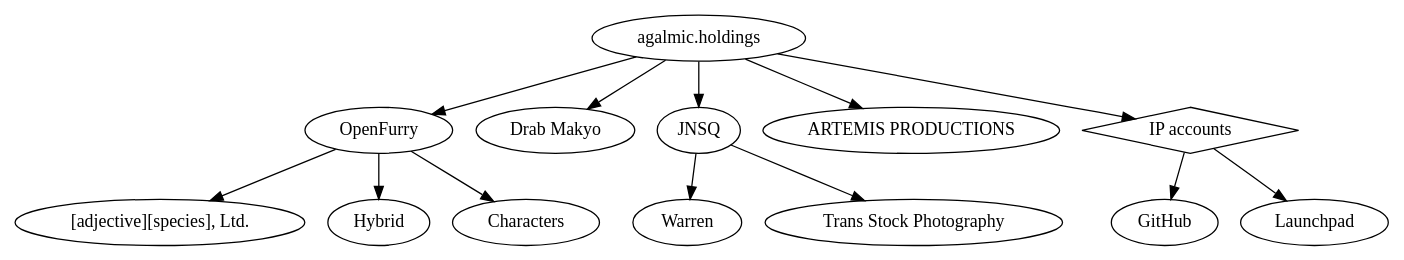
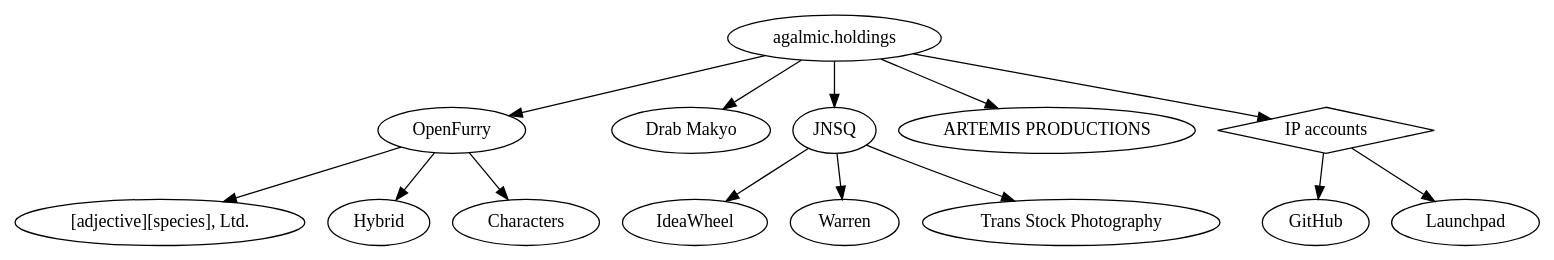
Before and after one commit to makyo/agalmic.holdings: the diagram in assets.dot, drawn with Graphviz. The commit also changed 2 other files, not shown here.

```diff
--- a/assets.dot
+++ b/assets.dot
@@ -1,93 +1,96 @@
 digraph agalmic_holdings {
 	node [fontname = "Antykwa Torunska"]
 
 	"agalmic.holdings" [URL = "http://agalmic.holdings"]
 
 	"OpenFurry" [URL = "http://openfurry.org"]
 	"agalmic.holdings" -> "OpenFurry"
 
 		"[adjective][species], Ltd." [URL = "http://adjectivespecies.com"]
 		"OpenFurry" -> "[adjective][species], Ltd."
 
 			/*"[adjective][species]" [URL = "http://adjectivespecies.com"]
 			"[adjective][species], Ltd." -> "[adjective][species]"
 
 
 			"Love ◦ Sex ◦ Fur" [URL = "http://lovesexfur.com"]
 			"[adjective][species], Ltd." -> "Love ◦ Sex ◦ Fur"
 
 			"The Furry Poll" [URL = "https://furrypoll.com"]
 			"[adjective][species], Ltd." -> "The Furry Poll"
 
 			asAccounts [label = "[a][s] Accounts"]
 			"[adjective][species], Ltd." -> asAccounts
 
 				"[a][s] on Twitter" [URL = "https://twitter.com/adjspecies"]
 				asAccounts -> "[a][s] on Twitter"
 
 				"LSF on Twitter" [URL = "https://twitter.com/lovesexfur"]
 				asAccounts -> "LSF on Twitter"
 
 				"[a][s] on Slack" [URL = "https://adjectivespecies.slack.com"]
 				asAccounts -> "[a][s] on Slack"
 
 				"[a][s] on GitHub" [URL = "https://github.com/adjspecies"]
 				asAccounts -> "[a][s] on GitHub"*/
 
 		"Hybrid" [URL = "http://hybrid.ink"]
 		"OpenFurry" -> "Hybrid"
 
 			/*hybridAccounts [label = "Hybrid accounts"]
 			"Hybrid" -> hybridAccounts
 
 				"Hybrid on Twitter" [URL = "https://twitter.com/hybrid_ink"]
 				hybridAccounts -> "Hybrid on Twitter"*/
 
 		"Characters" [URL = "http://characters.openfurry.org"]
 		"OpenFurry" -> "Characters"
 
 	"Drab Makyo" [URL = "http://drab-makyo.com"]
 	"agalmic.holdings" -> "Drab Makyo"
 
 		/*"Writing | Drab Makyo" [URL = "http://writing.drab-makyo.com"]
 		"Drab Makyo" -> "Writing | Drab Makyo"
 
 		"Photography" [URL = "http://makyo.photography"]
 		"Drab Makyo" -> "Photography"
 
 		dmAccounts [label = "Drab Makyo accounts"]
 		"Drab Makyo" -> dmAccounts
 
 			"(Personal Accounts)" [shape = "diamond"]
 			dmAccounts -> "(Personal Accounts)"
 
 			"Madison on GitHub" [URL = "https://github.com/makyo"]
 			dmAccounts -> "Madison on GitHub"
 
 			"Madison on Launchpad" [URL = "https://launchpad.net/~makyo"]
 			dmAccounts -> "Madison on Launchpad"*/
 
 	"JNSQ" [URL = "http://jnsq.us"]
 	"agalmic.holdings" -> "JNSQ"
 
+		"IdeaWheel" [URL = "http://ideas.jnsq.us"]
+		"JNSQ" -> "IdeaWheel"
+		
 		"Warren" [URL = "https://warren.community"]
 		"JNSQ" -> "Warren"
 
 		"Trans Stock Photography" [URL = "transstock.photography"]
 		"JNSQ" -> "Trans Stock Photography"
 
 		/*"polycul.es" [URL = "http://polycul.es"]
 		"JNSQ" -> "polycul.es"*/
 
 	"ARTEMIS PRODUCTIONS" [URL = "http://artemis.productions"]
 	"agalmic.holdings" -> "ARTEMIS PRODUCTIONS"
 
 	"IP accounts" [shape = "diamond"]
 	"agalmic.holdings" -> "IP accounts"
 
 		"GitHub" [URL = "https://github.com/makyo"]
 		"IP accounts" -> "GitHub"
 
 		"Launchpad" [URL = "https://launchpad.net/~makyo"]
 		"IP accounts" -> "Launchpad"
 }
```
